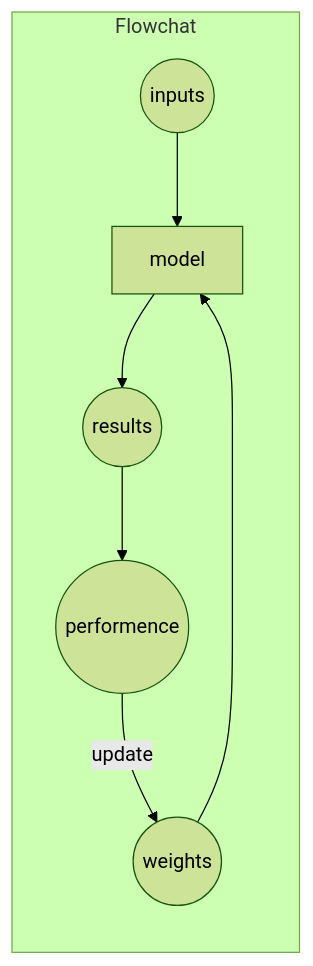
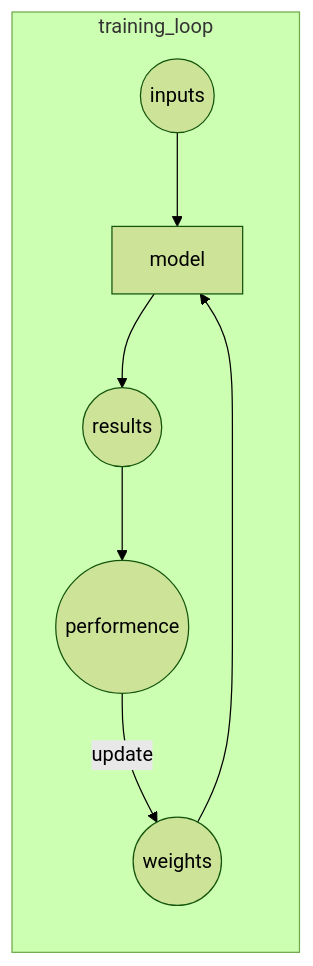
The fifth of 10 diagrams in smartbook/Fastai-01.md (Jaas-Wang/smartbook), drawn with Mermaid (forest theme) before and after one commit. The commit also changed other lines of this file, not shown here.

````diff
--- a/smartbook/Fastai-01.md
+++ b/smartbook/Fastai-01.md
@@ -704,17 +714,17 @@
 ```mermaid
 graph LR
 
 B((inputs))
 C((weights))
 D[model]
 E((results))
 F((performence))
-subgraph Flowchat
+subgraph training_loop
 B --> D
 C --> D
 D --> E
 end
-subgraph Flowchat
+subgraph training_loop
 E --> F --> |update| C
 end
 ```
````
